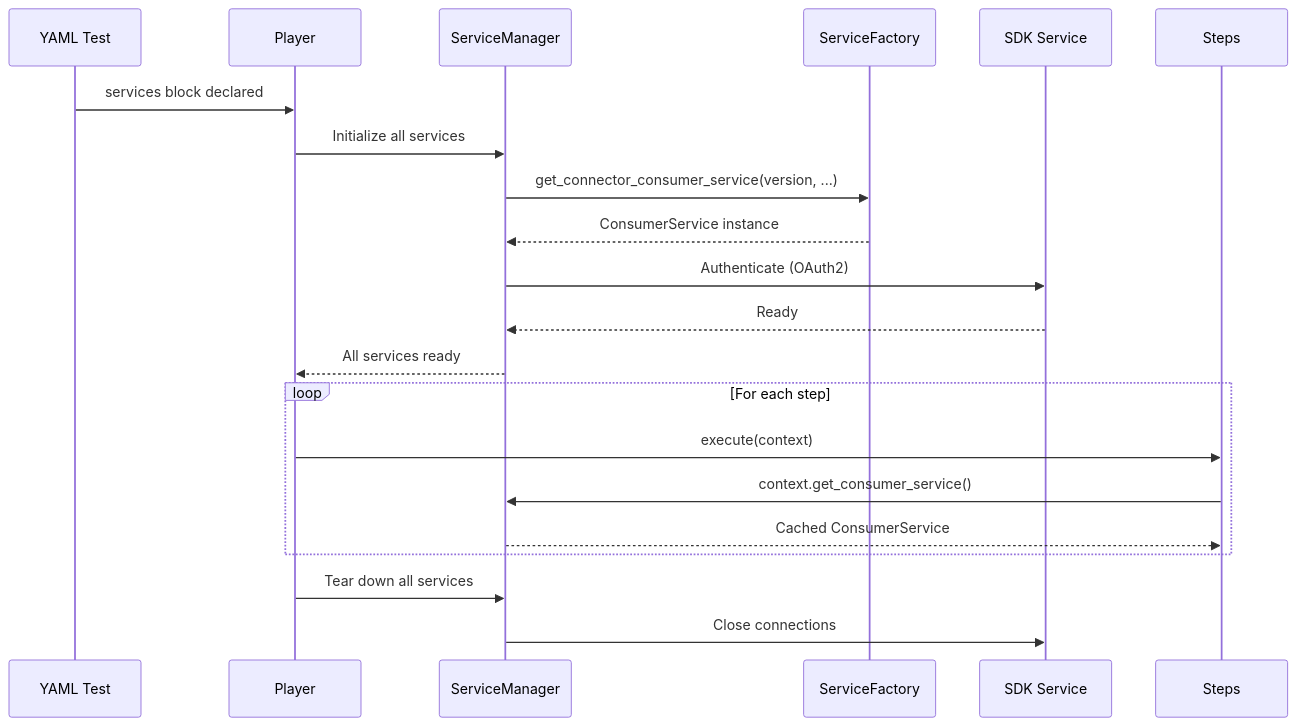
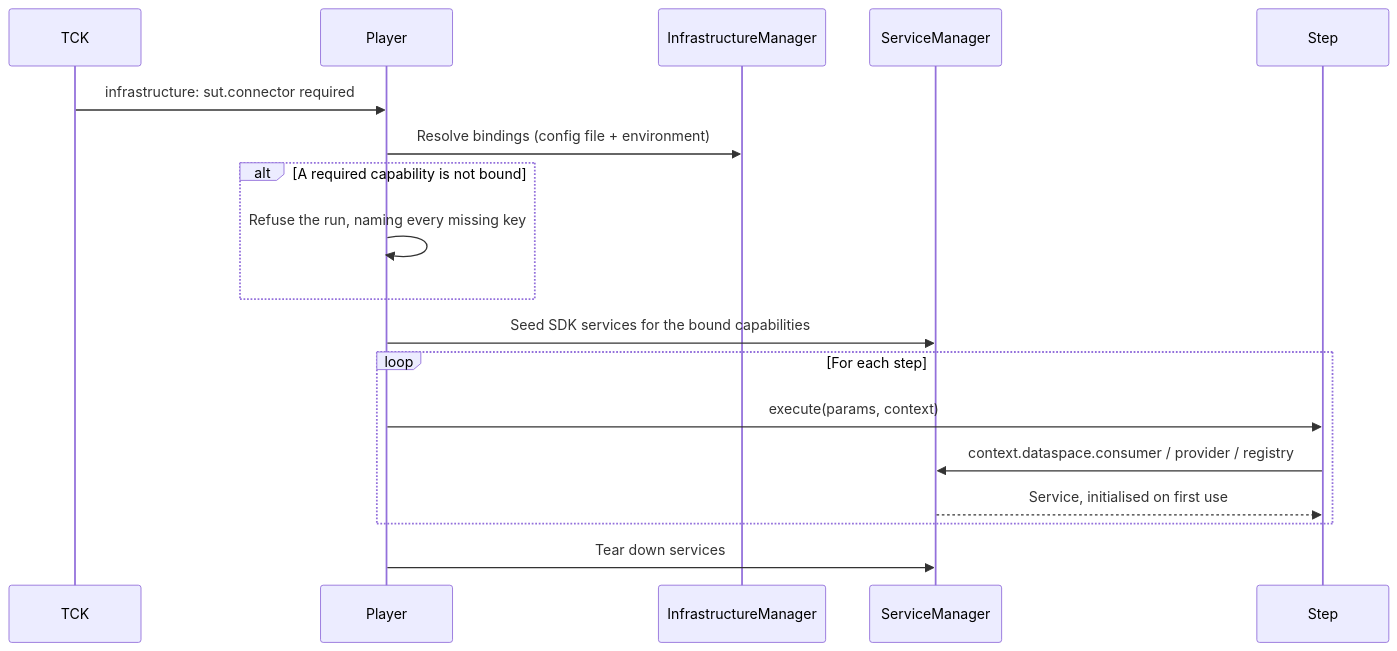
The sixth of 8 diagrams in docs/specification/specification/concepts.md (eclipse-tractusx/tractusx-testlab), drawn with Mermaid before and after one commit. The commit also changed other lines of this file and 155 other files, not shown here.

````diff
--- a/docs/specification/specification/concepts.md
+++ b/docs/specification/specification/concepts.md
@@ -314,26 +219,21 @@
 ```mermaid
 sequenceDiagram
-    participant Y as YAML Test
+    participant T as TCK
     participant P as Player
+    participant I as InfrastructureManager
     participant SM as ServiceManager
-    participant SF as ServiceFactory
-    participant S as SDK Service
-    participant Steps as Steps
+    participant S as Step
 
-    Y->>P: services block declared
-    P->>SM: Initialize all services
-    SM->>SF: get_connector_consumer_service(version, ...)
-    SF-->>SM: ConsumerService instance
-    SM->>S: Authenticate (OAuth2)
-    S-->>SM: Ready
-    SM-->>P: All services ready
-
+    T->>P: infrastructure: sut.connector required
+    P->>I: Resolve bindings (config file + environment)
+    alt A required capability is not bound
+        P->>P: Refuse the run, naming every missing key
+    end
+    P->>SM: Seed SDK services for the bound capabilities
     loop For each step
-        P->>Steps: execute(context)
-        Steps->>SM: context.get_consumer_service()
-        SM-->>Steps: Cached ConsumerService
+        P->>S: execute(params, context)
+        S->>SM: context.dataspace.consumer / provider / registry
+        SM-->>S: Service, initialised on first use
     end
-
-    P->>SM: Tear down all services
-    SM->>S: Close connections
+    P->>SM: Tear down services
 ```
````
